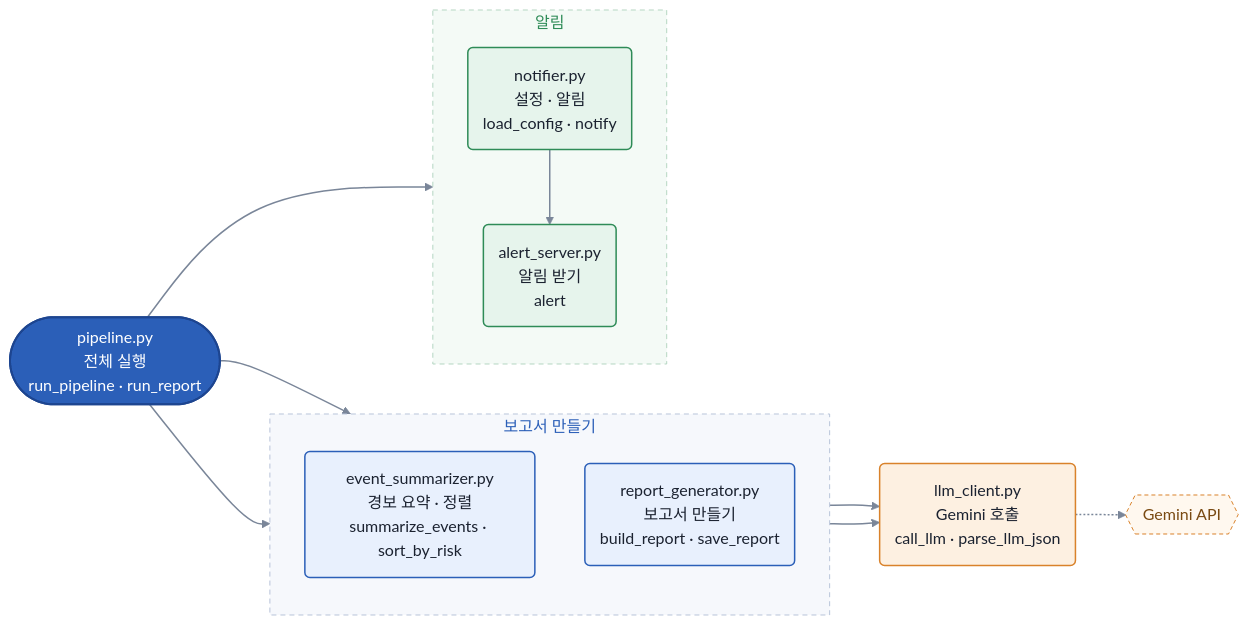
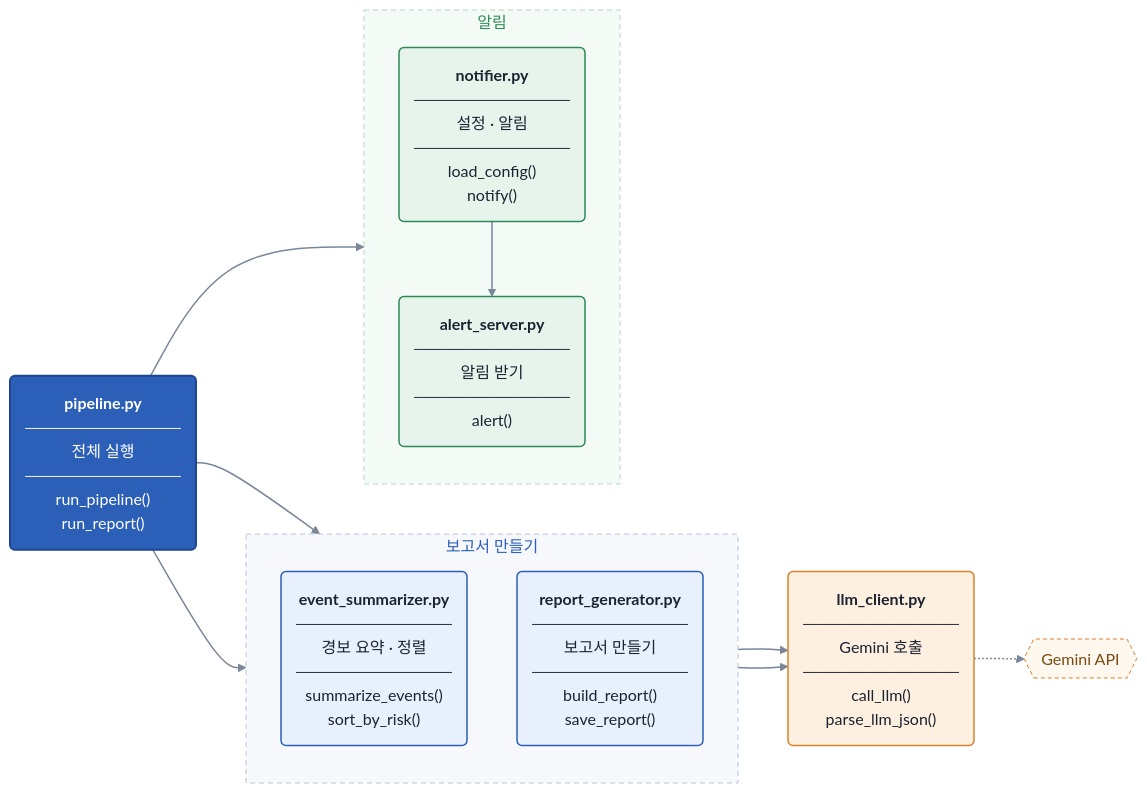
Before and after one commit to ddonni/security-agent-toolkit: the diagram in README.md, drawn with Mermaid (forest theme).

Commit message:
README 흐름도 — 파일 이름 굵게 · 역할과 함수 구분선
Claude-Session: https://claude.ai/code/session_019XxHTYpjmMBMYqfYY2NLR9

````diff
--- a/README.md
+++ b/README.md
@@ -8,41 +8,70 @@
 ```mermaid
 flowchart LR
-  P(["pipeline.py<br/>전체 실행<br/>run_pipeline · run_report"])
+  P("`**pipeline.py**
+─────────────
+전체 실행
+─────────────
+run_pipeline()
+run_report()`")
 
   subgraph REPORT["보고서 만들기"]
     direction TB
-    S("event_summarizer.py<br/>경보 요약 · 정렬<br/>summarize_events · sort_by_risk")
-    R("report_generator.py<br/>보고서 만들기<br/>build_report · save_report")
+    S("`**event_summarizer.py**
+─────────────
+경보 요약 · 정렬
+─────────────
+summarize_events()
+sort_by_risk()`")
+    R("`**report_generator.py**
+─────────────
+보고서 만들기
+─────────────
+build_report()
+save_report()`")
   end
 
-  L("llm_client.py<br/>Gemini 호출<br/>call_llm · parse_llm_json")
+  L("`**llm_client.py**
+─────────────
+Gemini 호출
+─────────────
+call_llm()
+parse_llm_json()`")
   G{{"Gemini API"}}
 
   subgraph ALERT["알림"]
     direction TB
-    N("notifier.py<br/>설정 · 알림<br/>load_config · notify")
-    A("alert_server.py<br/>알림 받기<br/>alert")
+    N("`**notifier.py**
+─────────────
+설정 · 알림
+─────────────
+load_config()
+notify()`")
+    A("`**alert_server.py**
+─────────────
+알림 받기
+─────────────
+alert()`")
   end
 
   P --> S
   P --> R
   S --> L
   R --> L
   L -.-> G
   P --> N
   N --> A
 
   classDef entry fill:#2b5fb8,stroke:#1d4590,stroke-width:2px,color:#ffffff
   classDef work fill:#e8f0fd,stroke:#2b5fb8,stroke-width:1.5px,color:#1b2230
   classDef llm fill:#fdf0e1,stroke:#d9822b,stroke-width:1.5px,color:#1b2230
   classDef ext fill:#fff8ef,stroke:#d9822b,stroke-width:1px,stroke-dasharray:4 3,color:#7a4a12
   classDef notify fill:#e6f4ec,stroke:#2e8b57,stroke-width:1.5px,color:#1b2230
   class P entry
   class S,R work
   class L llm
   class G ext
   class N,A notify
   style REPORT fill:#f6f8fc,stroke:#b8c4d9,stroke-dasharray:5 4,color:#2b5fb8
   style ALERT fill:#f4faf6,stroke:#b5d6c2,stroke-dasharray:5 4,color:#2e8b57
   linkStyle default stroke:#7a8699,stroke-width:1.5px
 ```
````
